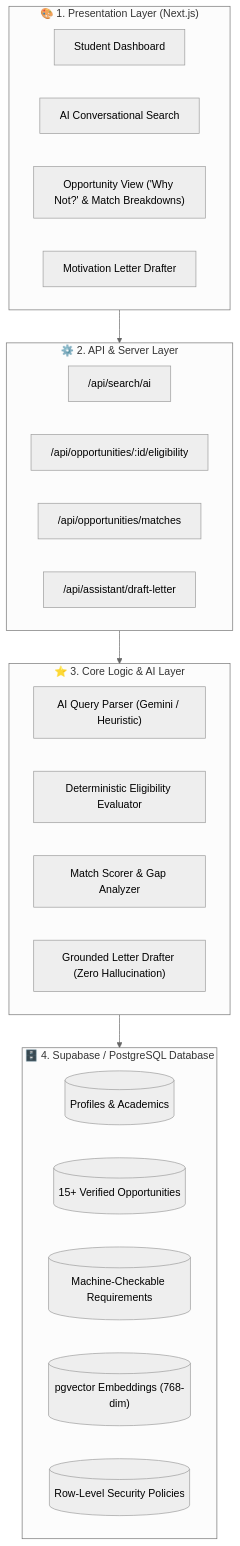
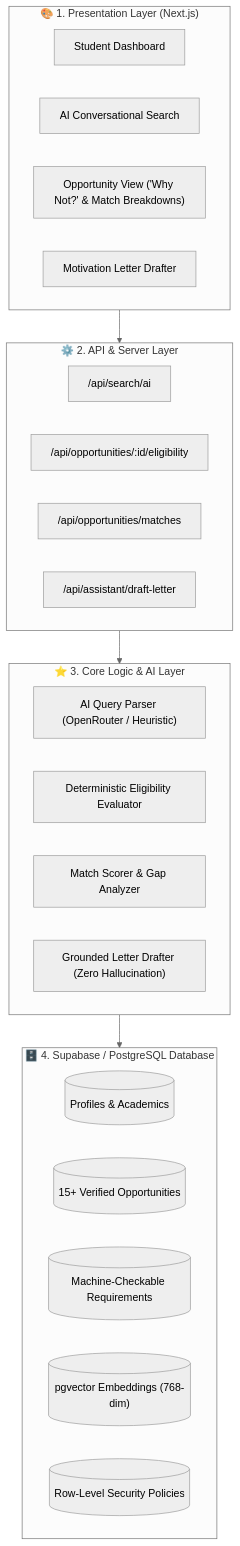
Before and after one commit to ahmedzelhennawy-sys/nextpath: the diagram in README.md, drawn with Mermaid (neutral theme). The commit also changed other lines of this file and 8 other files, not shown here.

First line of the commit message:
fix: swap broken @google/genai for OpenRouter free tier

````diff
--- a/README.md
+++ b/README.md
@@ -49,35 +50,35 @@
 ```mermaid
 flowchart TD
     subgraph UI ["🎨 1. Presentation Layer (Next.js)"]
         DASH["Student Dashboard"]
         SEARCH_BAR["AI Conversational Search"]
         OPP_DETAIL["Opportunity View ('Why Not?' & Match Breakdowns)"]
         ASSISTANT_MODAL["Motivation Letter Drafter"]
     end
 
     subgraph BACKEND ["⚙️ 2. API & Server Layer"]
         API_SEARCH["/api/search/ai"]
         API_ELIG["/api/opportunities/:id/eligibility"]
         API_MATCH["/api/opportunities/matches"]
         API_ASSIST["/api/assistant/draft-letter"]
     end
 
     subgraph ENGINES ["⭐ 3. Core Logic & AI Layer"]
-        NL_PARSER["AI Query Parser (Gemini / Heuristic)"]
+        NL_PARSER["AI Query Parser (OpenRouter / Heuristic)"]
         RULE_ENGINE["Deterministic Eligibility Evaluator"]
         MATCH_ENGINE["Match Scorer & Gap Analyzer"]
         LETTER_AI["Grounded Letter Drafter (Zero Hallucination)"]
     end
 
     subgraph DB ["🗄️ 4. Supabase / PostgreSQL Database"]
         PROFILES[("Profiles & Academics")]
         OPPORTUNITIES[("15+ Verified Opportunities")]
         RULES[("Machine-Checkable Requirements")]
         VECTORS[("pgvector Embeddings (768-dim)")]
         RLS[("Row-Level Security Policies")]
     end
 
     UI --> BACKEND
     BACKEND --> ENGINES
     ENGINES --> DB
 ```
````
